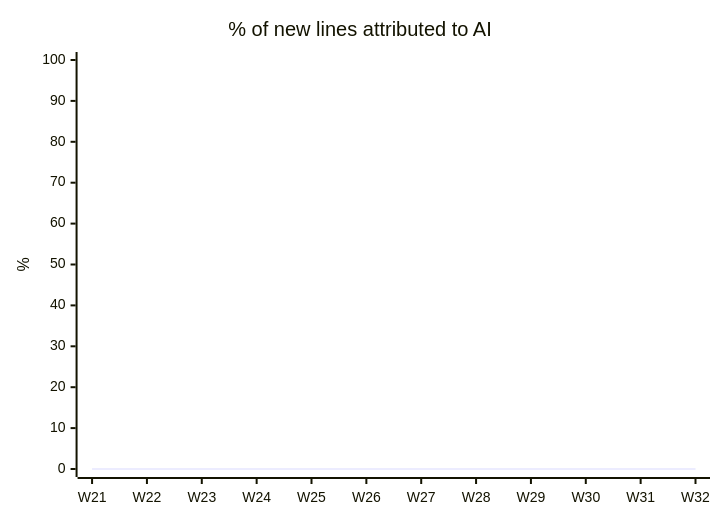
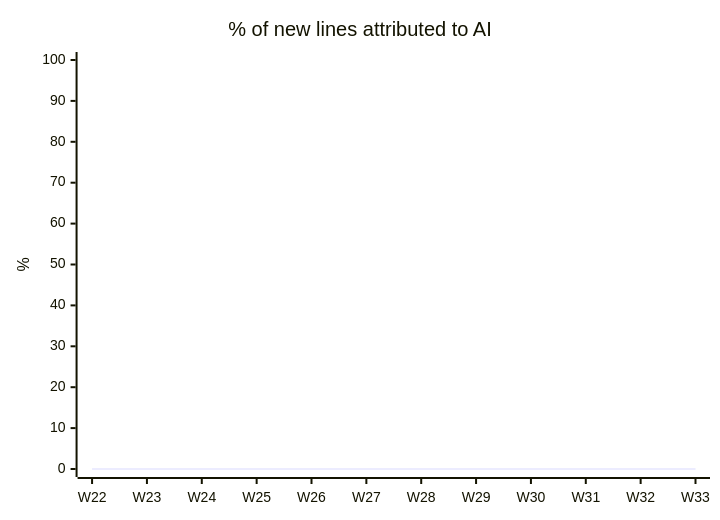
One commit to fromwaydowntown/ai-use changed the diagram in docs/AI_USAGE.md. Above: the diagram before and after it, drawn with Mermaid. The commit also changed other lines of this file, not shown here.

````diff
--- a/docs/AI_USAGE.md
+++ b/docs/AI_USAGE.md
@@ -17,7 +17,7 @@
 ```mermaid
 xychart-beta
     title "% of new lines attributed to AI"
-    x-axis ["W21", "W22", "W23", "W24", "W25", "W26", "W27", "W28", "W29", "W30", "W31", "W32"]
+    x-axis ["W22", "W23", "W24", "W25", "W26", "W27", "W28", "W29", "W30", "W31", "W32", "W33"]
     y-axis "%" 0 --> 100
     line [0, 0, 0, 0, 0, 0, 0, 0, 0, 0, 0, 0]
 ```
````
